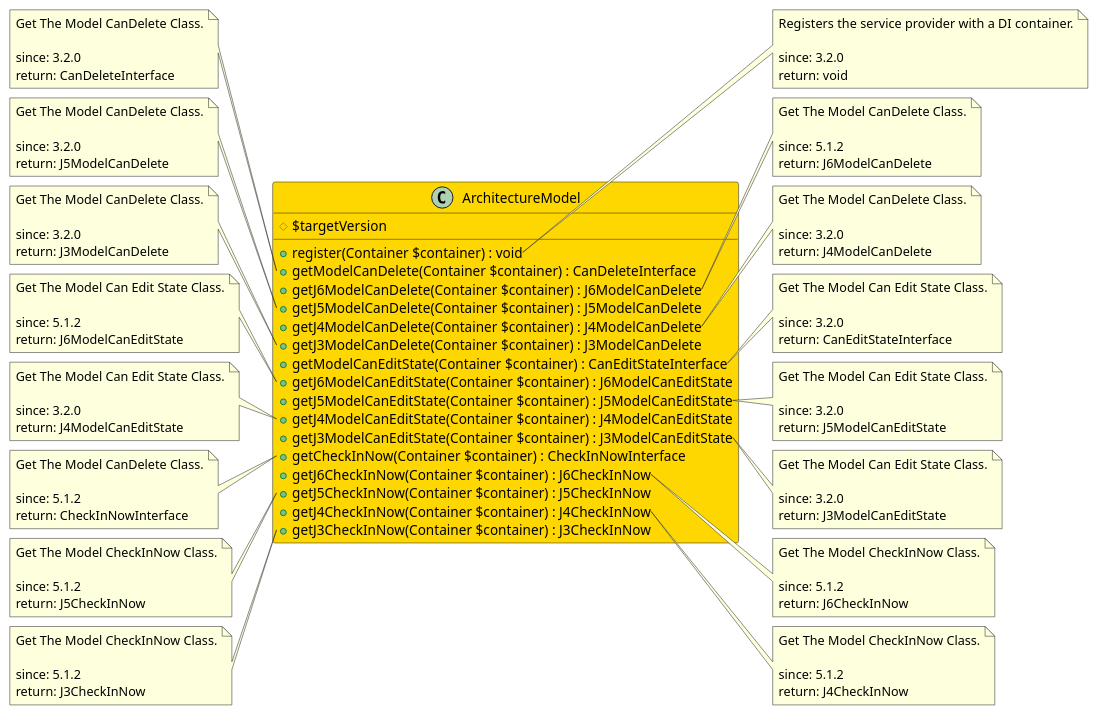
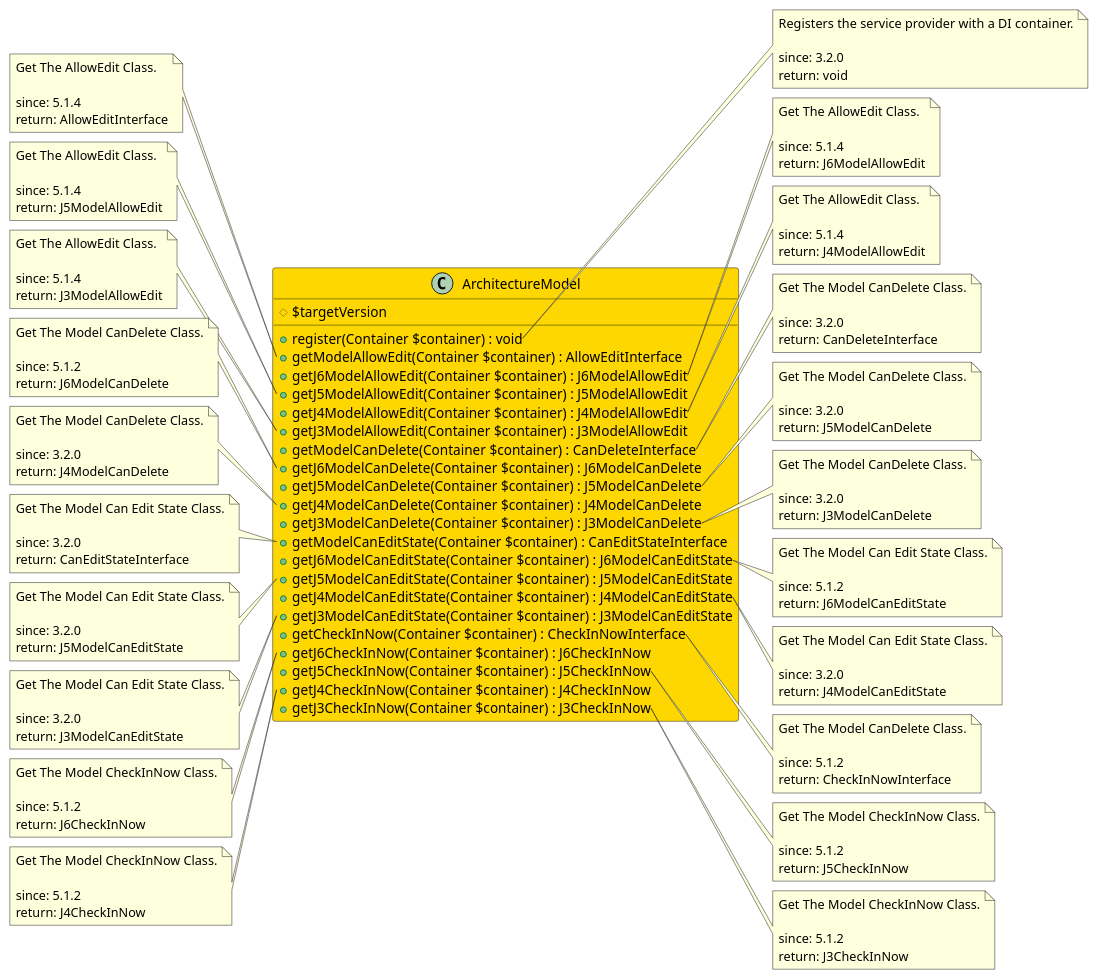
The diagram in src/bbd36fbf-d905-47e8-8e67-9ea6ec734712/README.md (joomengine/jcb-compiler), drawn with PlantUML before and after one commit. The commit also changed 5 other files, not shown here.

```diff
--- a/src/bbd36fbf-d905-47e8-8e67-9ea6ec734712/README.md
+++ b/src/bbd36fbf-d905-47e8-8e67-9ea6ec734712/README.md
@@ -8,6 +8,11 @@
 class ArchitectureModel  #Gold {
   # $targetVersion
   + register(Container $container) : void
+  + getModelAllowEdit(Container $container) : AllowEditInterface
+  + getJ6ModelAllowEdit(Container $container) : J6ModelAllowEdit
+  + getJ5ModelAllowEdit(Container $container) : J5ModelAllowEdit
+  + getJ4ModelAllowEdit(Container $container) : J4ModelAllowEdit
+  + getJ3ModelAllowEdit(Container $container) : J3ModelAllowEdit
   + getModelCanDelete(Container $container) : CanDeleteInterface
   + getJ6ModelCanDelete(Container $container) : J6ModelCanDelete
   + getJ5ModelCanDelete(Container $container) : J5ModelCanDelete
@@ -32,105 +37,140 @@
   return: void
 end note
 
-note left of ArchitectureModel::getModelCanDelete
+note left of ArchitectureModel::getModelAllowEdit
+  Get The AllowEdit Class.
+
+  since: 5.1.4
+  return: AllowEditInterface
+end note
+
+note right of ArchitectureModel::getJ6ModelAllowEdit
+  Get The AllowEdit Class.
+
+  since: 5.1.4
+  return: J6ModelAllowEdit
+end note
+
+note left of ArchitectureModel::getJ5ModelAllowEdit
+  Get The AllowEdit Class.
+
+  since: 5.1.4
+  return: J5ModelAllowEdit
+end note
+
+note right of ArchitectureModel::getJ4ModelAllowEdit
+  Get The AllowEdit Class.
+
+  since: 5.1.4
+  return: J4ModelAllowEdit
+end note
+
+note left of ArchitectureModel::getJ3ModelAllowEdit
+  Get The AllowEdit Class.
+
+  since: 5.1.4
+  return: J3ModelAllowEdit
+end note
+
+note right of ArchitectureModel::getModelCanDelete
   Get The Model CanDelete Class.
 
   since: 3.2.0
   return: CanDeleteInterface
 end note
 
-note right of ArchitectureModel::getJ6ModelCanDelete
+note left of ArchitectureModel::getJ6ModelCanDelete
   Get The Model CanDelete Class.
 
   since: 5.1.2
   return: J6ModelCanDelete
 end note
 
-note left of ArchitectureModel::getJ5ModelCanDelete
+note right of ArchitectureModel::getJ5ModelCanDelete
   Get The Model CanDelete Class.
 
   since: 3.2.0
   return: J5ModelCanDelete
 end note
 
-note right of ArchitectureModel::getJ4ModelCanDelete
+note left of ArchitectureModel::getJ4ModelCanDelete
   Get The Model CanDelete Class.
 
   since: 3.2.0
   return: J4ModelCanDelete
 end note
 
-note left of ArchitectureModel::getJ3ModelCanDelete
+note right of ArchitectureModel::getJ3ModelCanDelete
   Get The Model CanDelete Class.
 
   since: 3.2.0
   return: J3ModelCanDelete
 end note
 
-note right of ArchitectureModel::getModelCanEditState
+note left of ArchitectureModel::getModelCanEditState
   Get The Model Can Edit State Class.
 
   since: 3.2.0
   return: CanEditStateInterface
 end note
 
-note left of ArchitectureModel::getJ6ModelCanEditState
+note right of ArchitectureModel::getJ6ModelCanEditState
   Get The Model Can Edit State Class.
 
   since: 5.1.2
   return: J6ModelCanEditState
 end note
 
-note right of ArchitectureModel::getJ5ModelCanEditState
+note left of ArchitectureModel::getJ5ModelCanEditState
   Get The Model Can Edit State Class.
 
   since: 3.2.0
   return: J5ModelCanEditState
 end note
 
-note left of ArchitectureModel::getJ4ModelCanEditState
+note right of ArchitectureModel::getJ4ModelCanEditState
   Get The Model Can Edit State Class.
 
   since: 3.2.0
   return: J4ModelCanEditState
 end note
 
-note right of ArchitectureModel::getJ3ModelCanEditState
+note left of ArchitectureModel::getJ3ModelCanEditState
   Get The Model Can Edit State Class.
 
   since: 3.2.0
   return: J3ModelCanEditState
 end note
 
-note left of ArchitectureModel::getCheckInNow
+note right of ArchitectureModel::getCheckInNow
   Get The Model CanDelete Class.
 
   since: 5.1.2
   return: CheckInNowInterface
 end note
 
-note right of ArchitectureModel::getJ6CheckInNow
+note left of ArchitectureModel::getJ6CheckInNow
   Get The Model CheckInNow Class.
 
   since: 5.1.2
   return: J6CheckInNow
 end note
 
-note left of ArchitectureModel::getJ5CheckInNow
+note right of ArchitectureModel::getJ5CheckInNow
   Get The Model CheckInNow Class.
 
   since: 5.1.2
   return: J5CheckInNow
 end note
 
-note right of ArchitectureModel::getJ4CheckInNow
+note left of ArchitectureModel::getJ4CheckInNow
   Get The Model CheckInNow Class.
 
   since: 5.1.2
   return: J4CheckInNow
 end note
 
-note left of ArchitectureModel::getJ3CheckInNow
+note right of ArchitectureModel::getJ3CheckInNow
   Get The Model CheckInNow Class.
 
   since: 5.1.2
```
